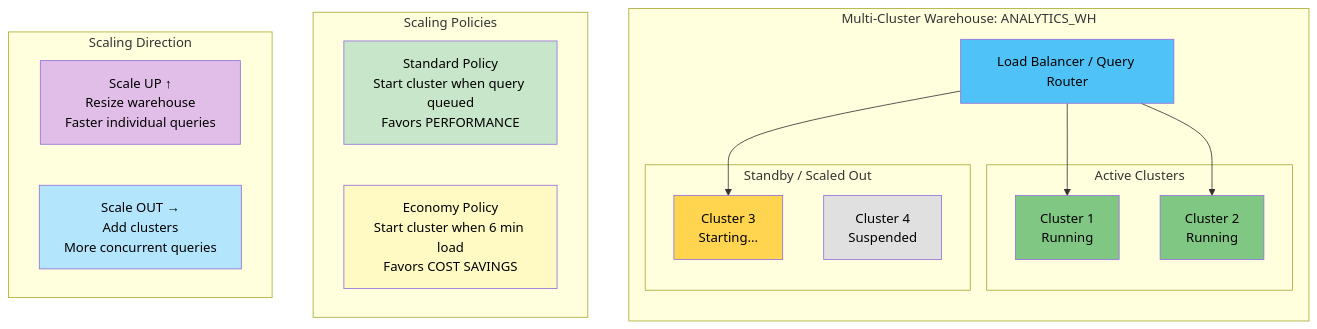
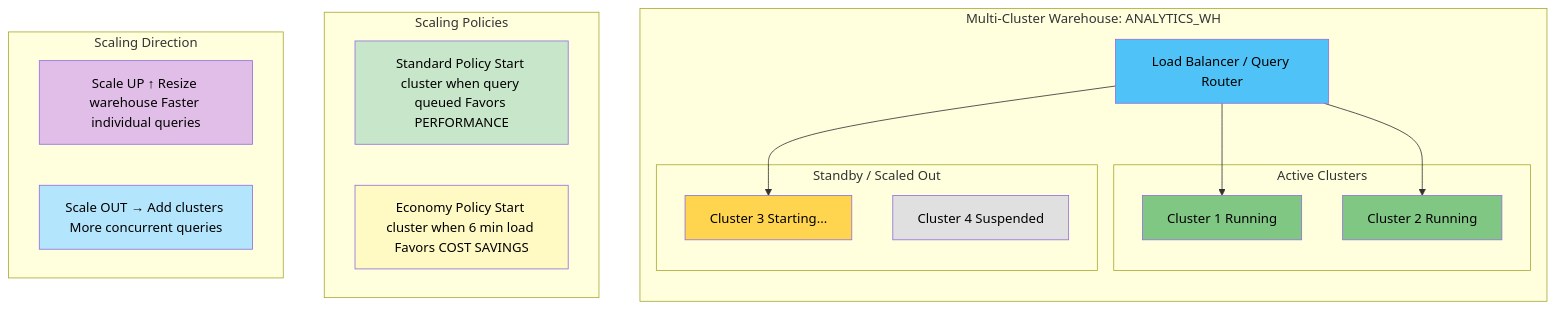
The diagram in 1_Snowflake_AI_Data_Cloud_Features_and_Architecture/1.4_Virtual_Warehouses_and_Compute.md (harishupadrasta/snowPro-Core), drawn with Mermaid before and after one commit. The commit also changed 16 other files, not shown here.

First line of the commit message:
Fix mermaid diagrams: replace <br/> with spaces for GitHub rendering

````diff
--- a/1_Snowflake_AI_Data_Cloud_Features_and_Architecture/1.4_Virtual_Warehouses_and_Compute.md
+++ b/1_Snowflake_AI_Data_Cloud_Features_and_Architecture/1.4_Virtual_Warehouses_and_Compute.md
@@ -38,42 +38,42 @@
 ```mermaid
 graph TB
     subgraph "Multi-Cluster Warehouse: ANALYTICS_WH"
         direction TB
         LB[Load Balancer / Query Router]
         
         subgraph "Active Clusters"
-            C1[Cluster 1<br/>Running]
-            C2[Cluster 2<br/>Running]
+            C1[Cluster 1 Running]
+            C2[Cluster 2 Running]
         end
         
         subgraph "Standby / Scaled Out"
-            C3[Cluster 3<br/>Starting...]
-            C4[Cluster 4<br/>Suspended]
+            C3[Cluster 3 Starting...]
+            C4[Cluster 4 Suspended]
         end
         
         LB --> C1
         LB --> C2
         LB --> C3
     end
 
     subgraph "Scaling Policies"
         direction LR
-        SP["Standard Policy<br/>Start cluster when query queued<br/>Favors PERFORMANCE"]
-        EP["Economy Policy<br/>Start cluster when 6 min load<br/>Favors COST SAVINGS"]
+        SP["Standard Policy Start cluster when query queued Favors PERFORMANCE"]
+        EP["Economy Policy Start cluster when 6 min load Favors COST SAVINGS"]
     end
 
     subgraph "Scaling Direction"
-        UP["Scale UP ↑<br/>Resize warehouse<br/>Faster individual queries"]
-        OUT["Scale OUT →<br/>Add clusters<br/>More concurrent queries"]
+        UP["Scale UP ↑ Resize warehouse Faster individual queries"]
+        OUT["Scale OUT → Add clusters More concurrent queries"]
     end
 
     style LB fill:#4FC3F7,color:#000
     style C1 fill:#81C784,color:#000
     style C2 fill:#81C784,color:#000
     style C3 fill:#FFD54F,color:#000
     style C4 fill:#E0E0E0,color:#000
     style SP fill:#C8E6C9,color:#000
     style EP fill:#FFF9C4,color:#000
     style UP fill:#E1BEE7,color:#000
     style OUT fill:#B3E5FC,color:#000
 ```
````
